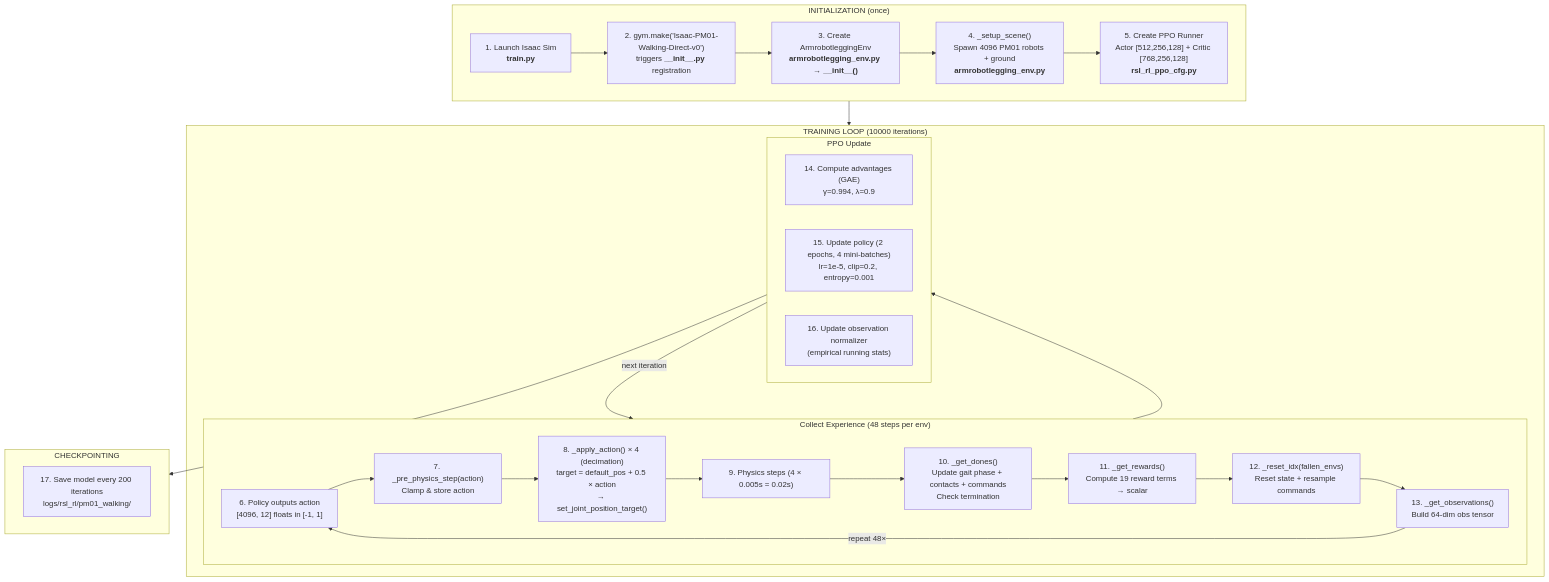
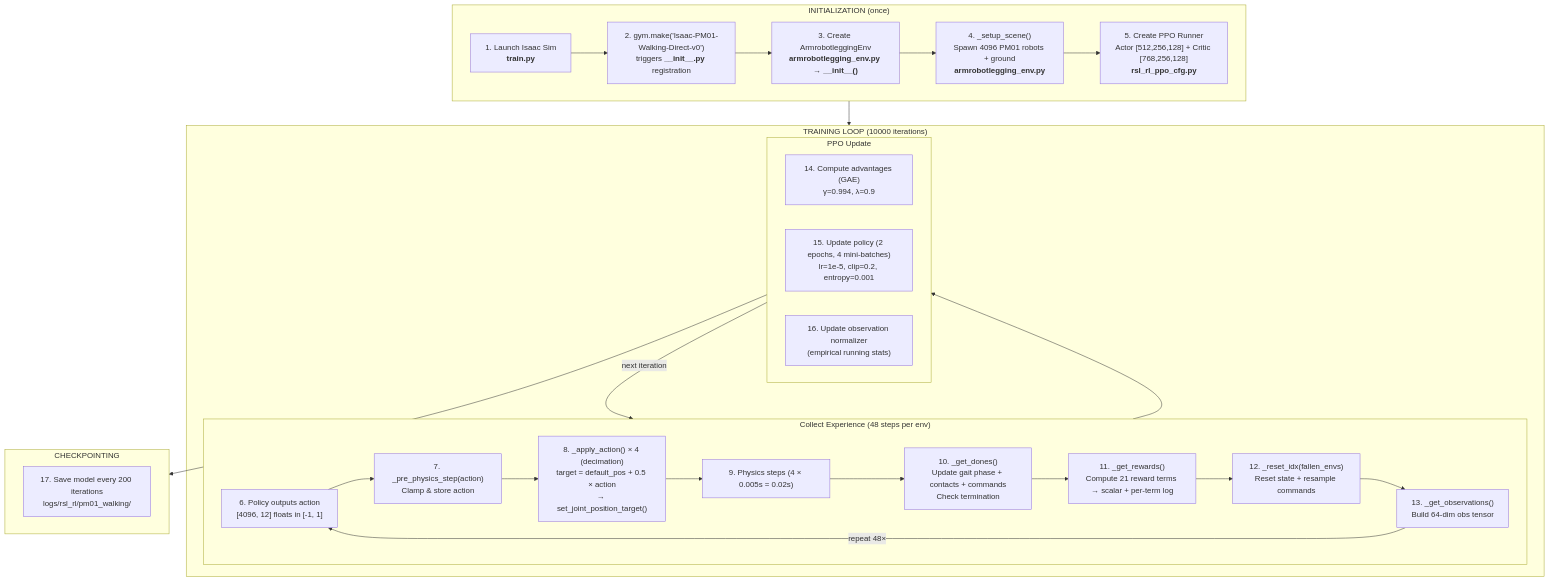
The first of 8 diagrams in docs/TRAINING_FLOW.md (armmarov/armrobot), drawn with Mermaid before and after one commit. The commit also changed other lines of this file and 3 other files, not shown here.

First line of the commit message:
Run 10: Add per-term reward diagnostics + update docs

````diff
--- a/docs/TRAINING_FLOW.md
+++ b/docs/TRAINING_FLOW.md
@@ -5,42 +5,42 @@
 ```mermaid
 flowchart TB
     subgraph INIT["INITIALIZATION (once)"]
         A1["1. Launch Isaac Sim<br/><b>train.py</b>"]
         A2["2. gym.make('Isaac-PM01-Walking-Direct-v0')<br/>triggers <b>__init__.py</b> registration"]
         A3["3. Create ArmrobotleggingEnv<br/><b>armrobotlegging_env.py → __init__()</b>"]
         A4["4. _setup_scene()<br/>Spawn 4096 PM01 robots + ground<br/><b>armrobotlegging_env.py</b>"]
         A5["5. Create PPO Runner<br/>Actor [512,256,128] + Critic [768,256,128]<br/><b>rsl_rl_ppo_cfg.py</b>"]
         A1 --> A2 --> A3 --> A4 --> A5
     end
 
     subgraph LOOP["TRAINING LOOP (10000 iterations)"]
         subgraph COLLECT["Collect Experience (48 steps per env)"]
             B1["6. Policy outputs action<br/>[4096, 12] floats in [-1, 1]"]
             B2["7. _pre_physics_step(action)<br/>Clamp & store action"]
             B3["8. _apply_action() × 4 (decimation)<br/>target = default_pos + 0.5 × action<br/>→ set_joint_position_target()"]
             B4["9. Physics steps (4 × 0.005s = 0.02s)"]
             B5["10. _get_dones()<br/>Update gait phase + contacts + commands<br/>Check termination"]
-            B6["11. _get_rewards()<br/>Compute 19 reward terms → scalar"]
+            B6["11. _get_rewards()<br/>Compute 21 reward terms → scalar + per-term log"]
             B7["12. _reset_idx(fallen_envs)<br/>Reset state + resample commands"]
             B8["13. _get_observations()<br/>Build 64-dim obs tensor"]
             B1 --> B2 --> B3 --> B4 --> B5 --> B6 --> B7 --> B8
             B8 -->|"repeat 48×"| B1
         end
 
         subgraph UPDATE["PPO Update"]
             C1["14. Compute advantages (GAE)<br/>γ=0.994, λ=0.9"]
             C2["15. Update policy (2 epochs, 4 mini-batches)<br/>lr=1e-5, clip=0.2, entropy=0.001"]
             C3["16. Update observation normalizer<br/>(empirical running stats)"]
         end
 
         COLLECT --> UPDATE
         UPDATE -->|"next iteration"| COLLECT
     end
 
     subgraph SAVE["CHECKPOINTING"]
         D1["17. Save model every 200 iterations<br/>logs/rsl_rl/pm01_walking/"]
     end
 
     INIT --> LOOP
     UPDATE --> SAVE
 ```
````
